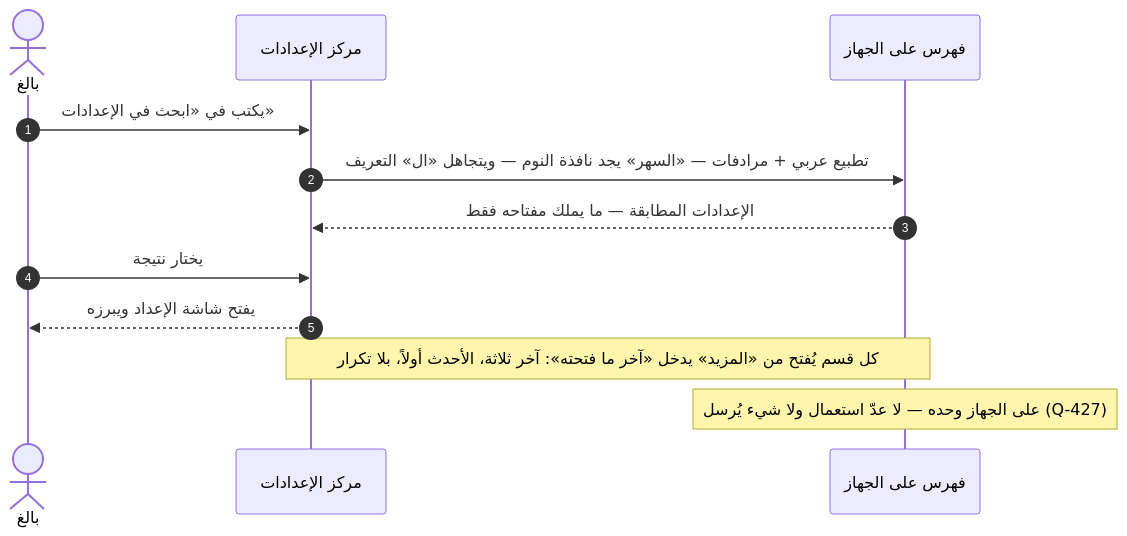
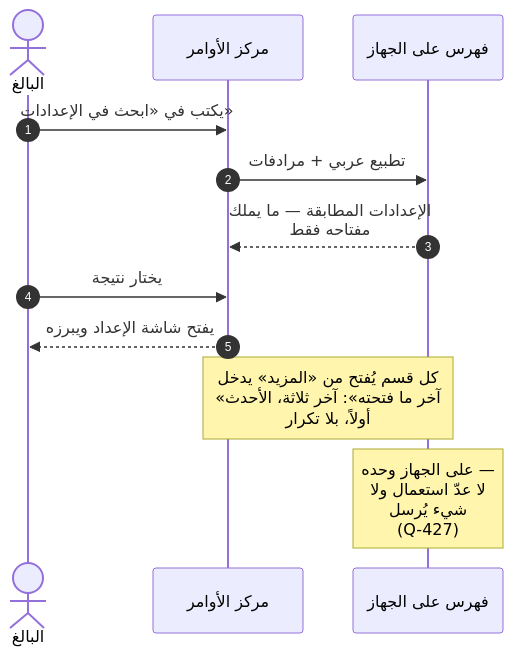
Before and after one commit to Bassam-mohammed-alqaeadi/family-os-v2: diagram 15 of 33 in docs/family-os/governance/phases/phase-1/S1-09-command-center-and-settings/DIAGRAMS.md, drawn with Mermaid. The commit also changed other lines of this file, not shown here.

````diff
--- a/docs/family-os/governance/phases/phase-1/S1-09-command-center-and-settings/DIAGRAMS.md
+++ b/docs/family-os/governance/phases/phase-1/S1-09-command-center-and-settings/DIAGRAMS.md
@@ -474,14 +602,15 @@
 ```mermaid
+%%{init: {"sequence": {"wrap": true}}}%%
 sequenceDiagram
     autonumber
-    actor Parent as بالغ
-    participant Hub as مركز الإعدادات
+    actor Adult as البالغ
+    participant S109 as مركز الأوامر
     participant Local as فهرس على الجهاز
-    Parent->>Hub: يكتب في «ابحث في الإعدادات»
-    Hub->>Local: تطبيع عربي + مرادفات — «السهر» يجد نافذة النوم — ويتجاهل «ال» التعريف
-    Local-->>Hub: الإعدادات المطابقة — ما يملك مفتاحه فقط
-    Parent->>Hub: يختار نتيجة
-    Hub-->>Parent: يفتح شاشة الإعداد ويبرزه
-    Note over Hub,Local: كل قسم يُفتح من «المزيد» يدخل «آخر ما فتحته»: آخر ثلاثة، الأحدث أولاً، بلا تكرار
+    Adult->>S109: يكتب في «ابحث في الإعدادات»
+    S109->>Local: تطبيع عربي + مرادفات
+    Local-->>S109: الإعدادات المطابقة — ما يملك مفتاحه فقط
+    Adult->>S109: يختار نتيجة
+    S109-->>Adult: يفتح شاشة الإعداد ويبرزه
+    Note over S109,Local: كل قسم يُفتح من «المزيد» يدخل «آخر ما فتحته»: آخر ثلاثة، الأحدث أولاً، بلا تكرار
     Note over Local: على الجهاز وحده — لا عدّ استعمال ولا شيء يُرسل (Q-427)
 ```
````
